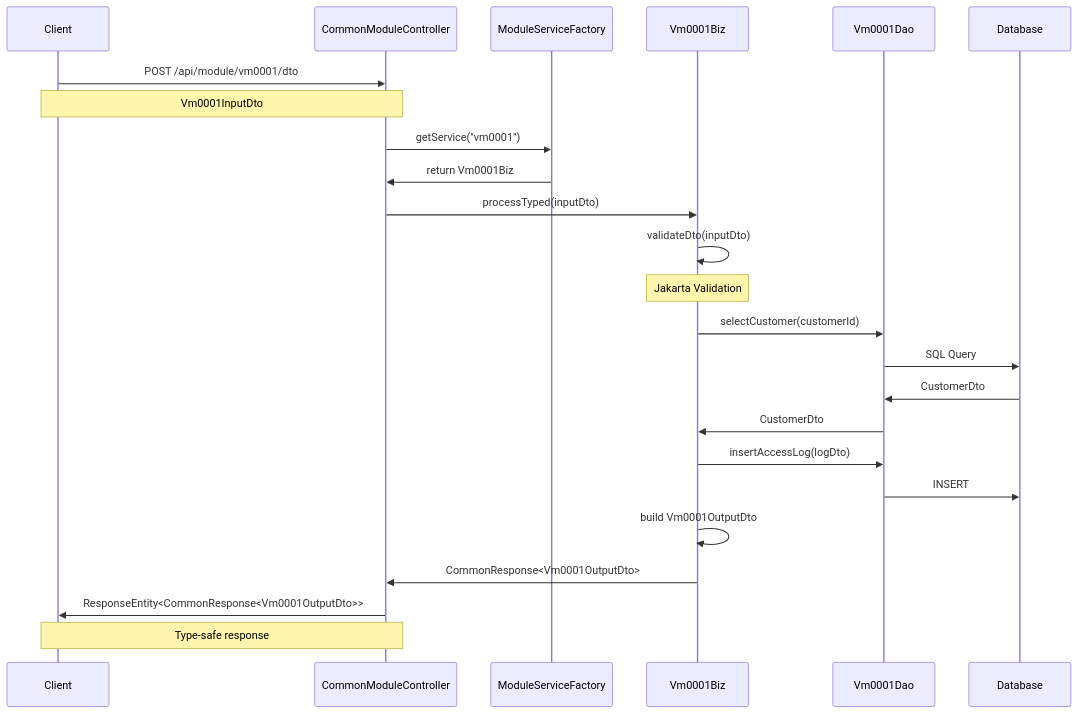
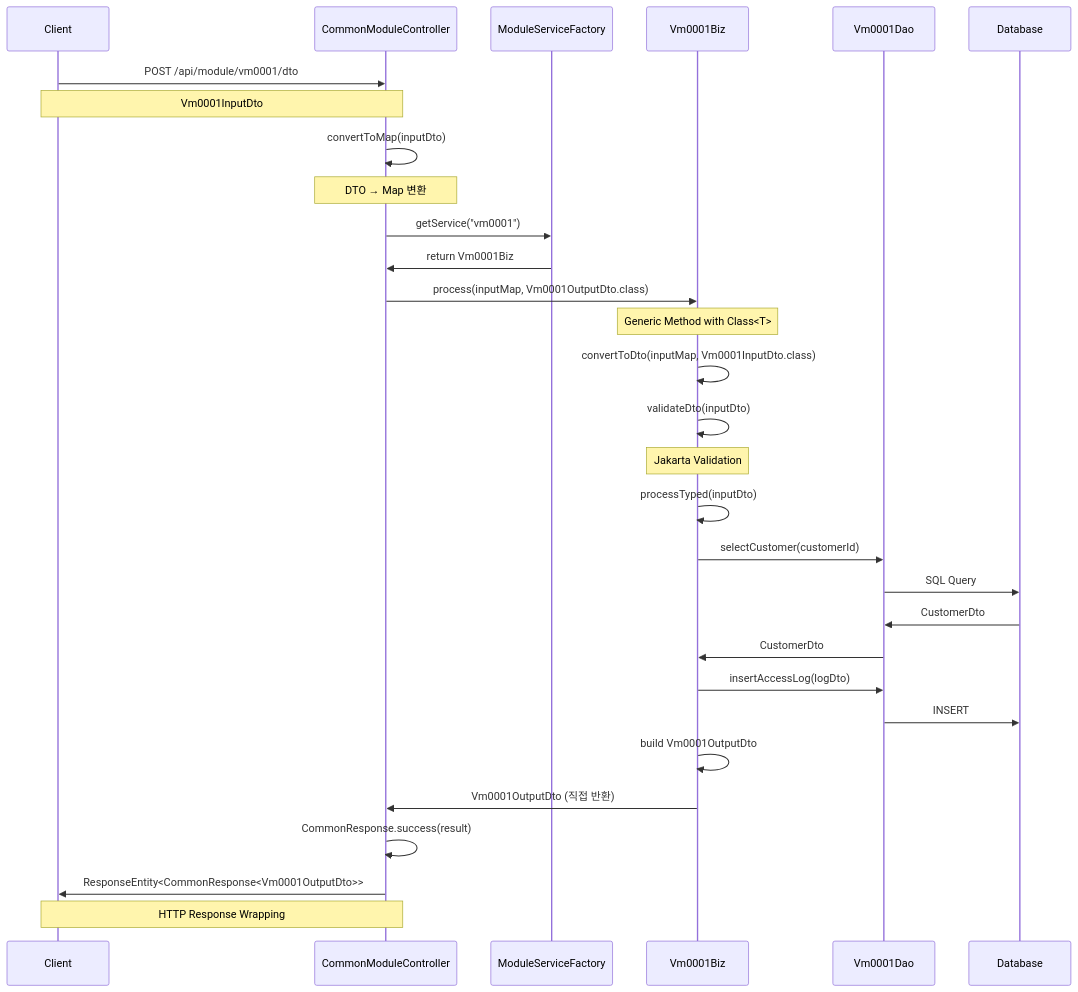
One commit to kubelin/wm-common changed the second of 3 diagrams in README.md. Above: the diagram before and after it, drawn with Mermaid. The commit also changed other lines of this file and 1 other file, not shown here.

First line of the commit message:
docs: Update README with comprehensive Generic Process Method documentation

````diff
--- a/README.md
+++ b/README.md
@@ -157,34 +170,41 @@
 ```mermaid
 sequenceDiagram
     participant Client
     participant Controller as CommonModuleController
     participant Factory as ModuleServiceFactory
     participant Service as Vm0001Biz
     participant DAO as Vm0001Dao
     participant DB as Database
     
     Client->>Controller: POST /api/module/vm0001/dto
     Note over Client,Controller: Vm0001InputDto
     
+    Controller->>Controller: convertToMap(inputDto)
+    Note over Controller: DTO → Map 변환
+    
     Controller->>Factory: getService("vm0001")
     Factory->>Controller: return Vm0001Biz
     
-    Controller->>Service: processTyped(inputDto)
+    Controller->>Service: process(inputMap, Vm0001OutputDto.class)
+    Note over Service: Generic Method with Class<T>
     
+    Service->>Service: convertToDto(inputMap, Vm0001InputDto.class)
     Service->>Service: validateDto(inputDto)
     Note over Service: Jakarta Validation
     
+    Service->>Service: processTyped(inputDto)
     Service->>DAO: selectCustomer(customerId)
     DAO->>DB: SQL Query
     DB->>DAO: CustomerDto
     DAO->>Service: CustomerDto
     
     Service->>DAO: insertAccessLog(logDto)
     DAO->>DB: INSERT
     
     Service->>Service: build Vm0001OutputDto
-    Service->>Controller: CommonResponse<Vm0001OutputDto>
+    Service->>Controller: Vm0001OutputDto (직접 반환)
     
+    Controller->>Controller: CommonResponse.success(result)
     Controller->>Client: ResponseEntity<CommonResponse<Vm0001OutputDto>>
-    Note over Controller,Client: Type-safe response
+    Note over Controller,Client: HTTP Response Wrapping
 ```
````
